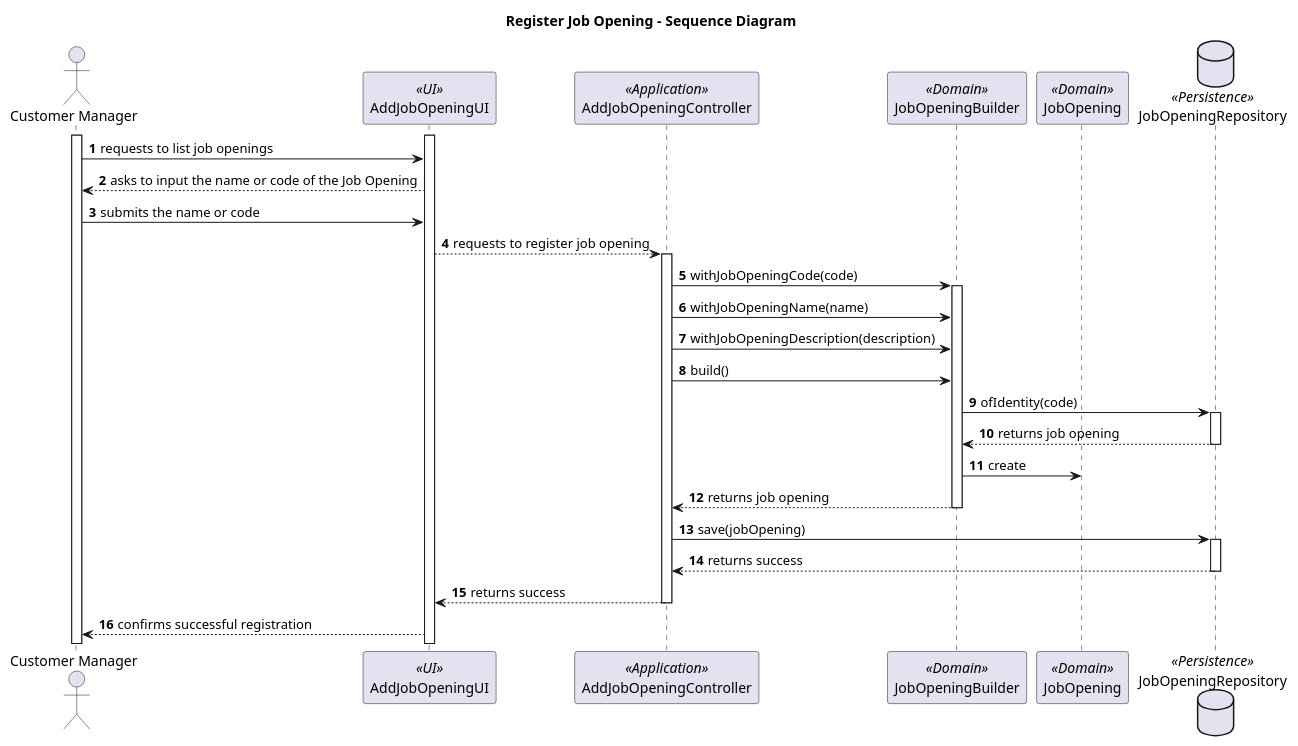
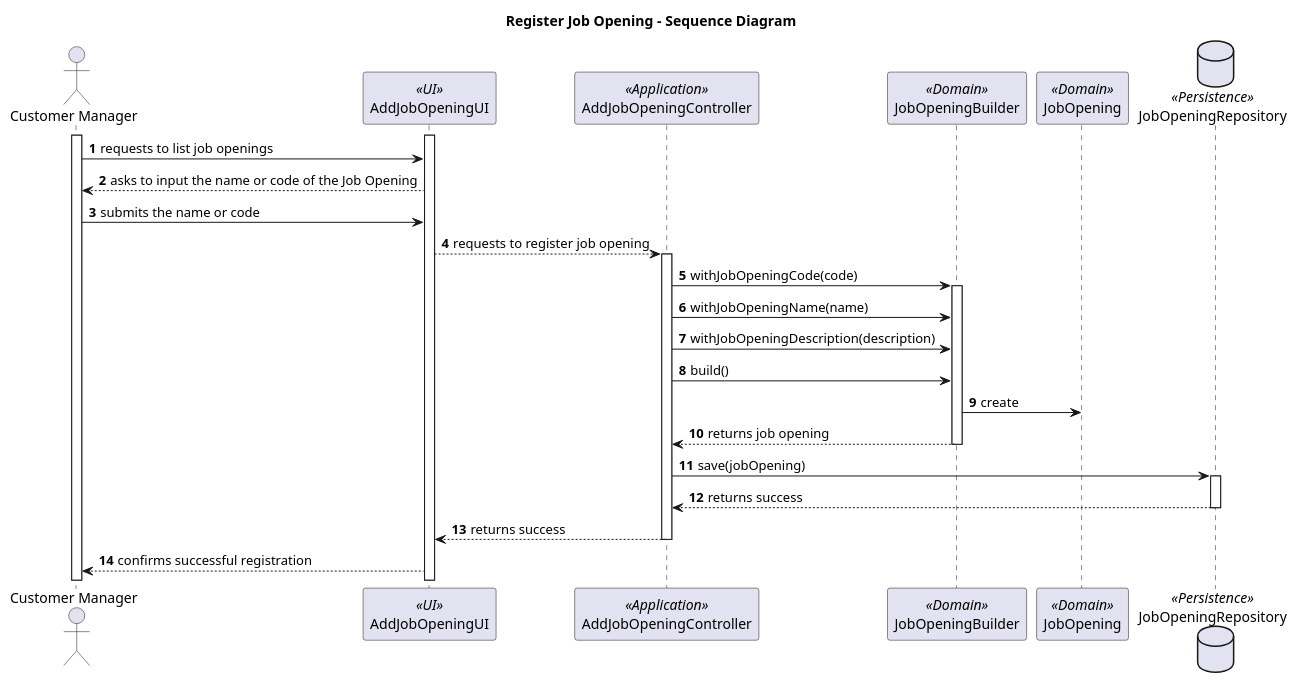
One commit to marcoferreira37/Lapr4 changed the diagram in docs/sprintB/1003/1003-sequence-diagram.puml. Above: the diagram before and after it, drawn with PlantUML. The commit also changed 1 other file, not shown here.

Commit message:
#16 Big modifications in the sequence diagram

```diff
--- a/docs/sprintB/1003/1003-sequence-diagram.puml
+++ b/docs/sprintB/1003/1003-sequence-diagram.puml
@@ -1,53 +1,50 @@
 @startuml
 
 title Register Job Opening - Sequence Diagram
 
 autonumber
 actor "Customer Manager" as M
 participant AddJobOpeningUI  as UI <<UI>>
 participant AddJobOpeningController as Controller <<Application>>
 participant JobOpeningBuilder as JB <<Domain>>
 participant JobOpening as JO <<Domain>>
 database JobOpeningRepository as JRepo <<Persistence>>
 
 activate M
 activate UI
 
 M -> UI : requests to list job openings
 
 UI --> M : asks to input the name or code of the Job Opening
 
 M -> UI : submits the name or code
 
 UI --> Controller : requests to register job opening
 
 activate Controller
 
 Controller -> JB: withJobOpeningCode(code)
 activate JB
 Controller -> JB: withJobOpeningName(name)
 Controller -> JB: withJobOpeningDescription(description)
 Controller -> JB: build()
 
-JB -> JRepo: ofIdentity(code)
-activate JRepo
 
-JRepo --> JB: returns job opening
 deactivate JRepo
 JB -> JO: create
 JB --> Controller: returns job opening
 deactivate JB
 
 
 
 Controller -> JRepo: save(jobOpening)
 activate JRepo
 
 JRepo --> Controller: returns success
 deactivate JRepo
 Controller --> UI: returns success
 deactivate Controller
 
 UI --> M: confirms successful registration
 
 @enduml
```
